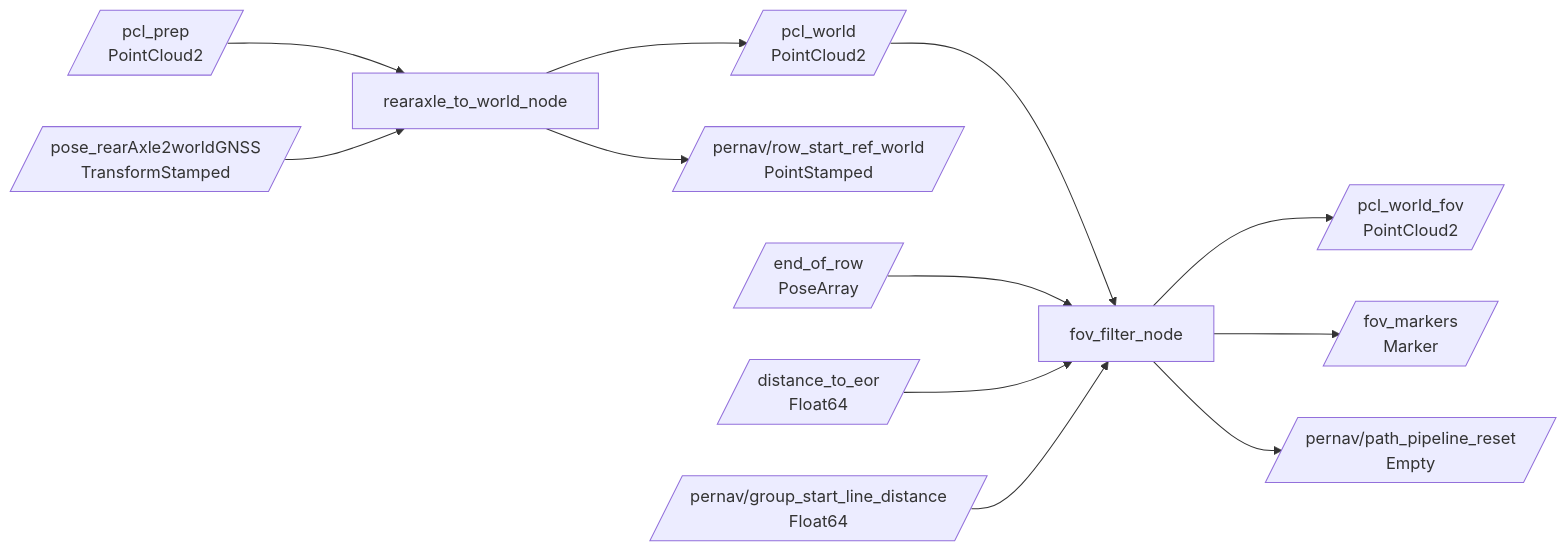
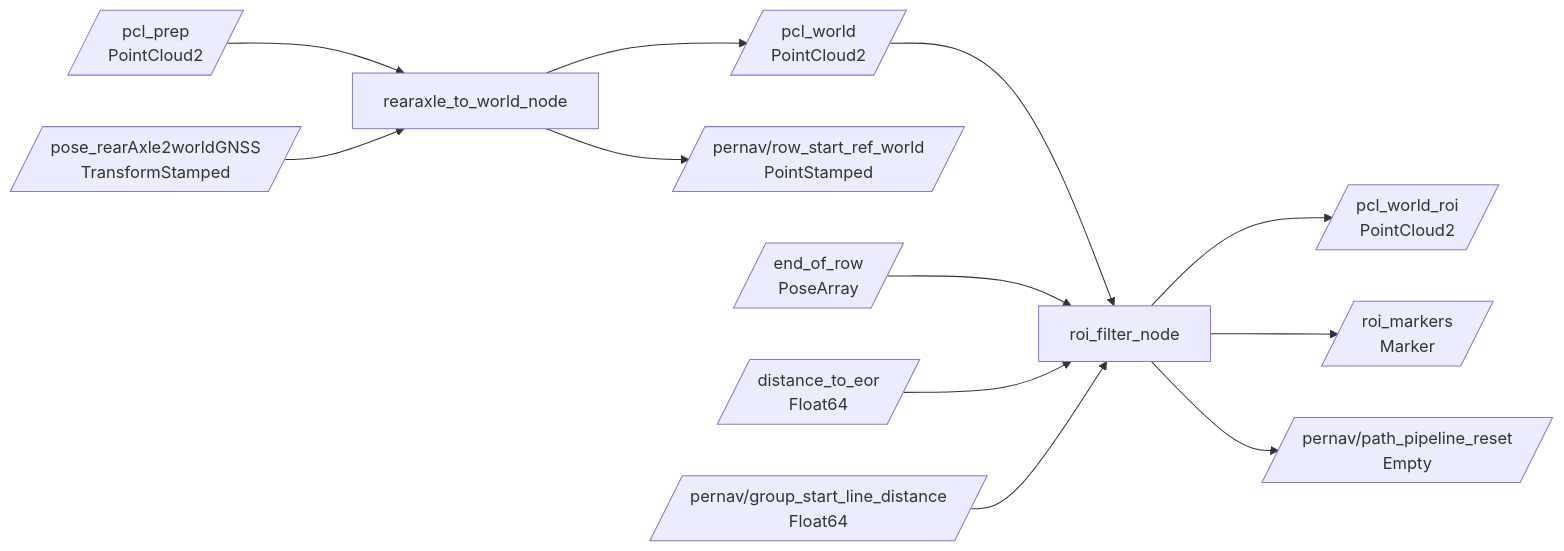
One commit to burakFM/pernav_path_detection changed the diagram in pernav_world_transform/README.md. Above: the diagram before and after it, drawn with Mermaid. The commit also changed other lines of this file and 10 other files, not shown here.

````diff
--- a/pernav_world_transform/README.md
+++ b/pernav_world_transform/README.md
@@ -7,14 +7,14 @@
 ```mermaid
 flowchart LR
     A[/pcl_prep<br/>PointCloud2/] --> T[rearaxle_to_world_node]
     B[/pose_rearAxle2worldGNSS<br/>TransformStamped/] --> T
     T --> C[/pcl_world<br/>PointCloud2/]
     T --> R[/pernav/row_start_ref_world<br/>PointStamped/]
-    C --> F[fov_filter_node]
+    C --> F[roi_filter_node]
     D[/end_of_row<br/>PoseArray/] --> F
     E[/distance_to_eor<br/>Float64/] --> F
     I[/pernav/group_start_line_distance<br/>Float64/] --> F
-    F --> G[/pcl_world_fov<br/>PointCloud2/]
-    F --> H[/fov_markers<br/>Marker/]
+    F --> G[/pcl_world_roi<br/>PointCloud2/]
+    F --> H[/roi_markers<br/>Marker/]
     F --> J[/pernav/path_pipeline_reset<br/>Empty/]
 ```
````
